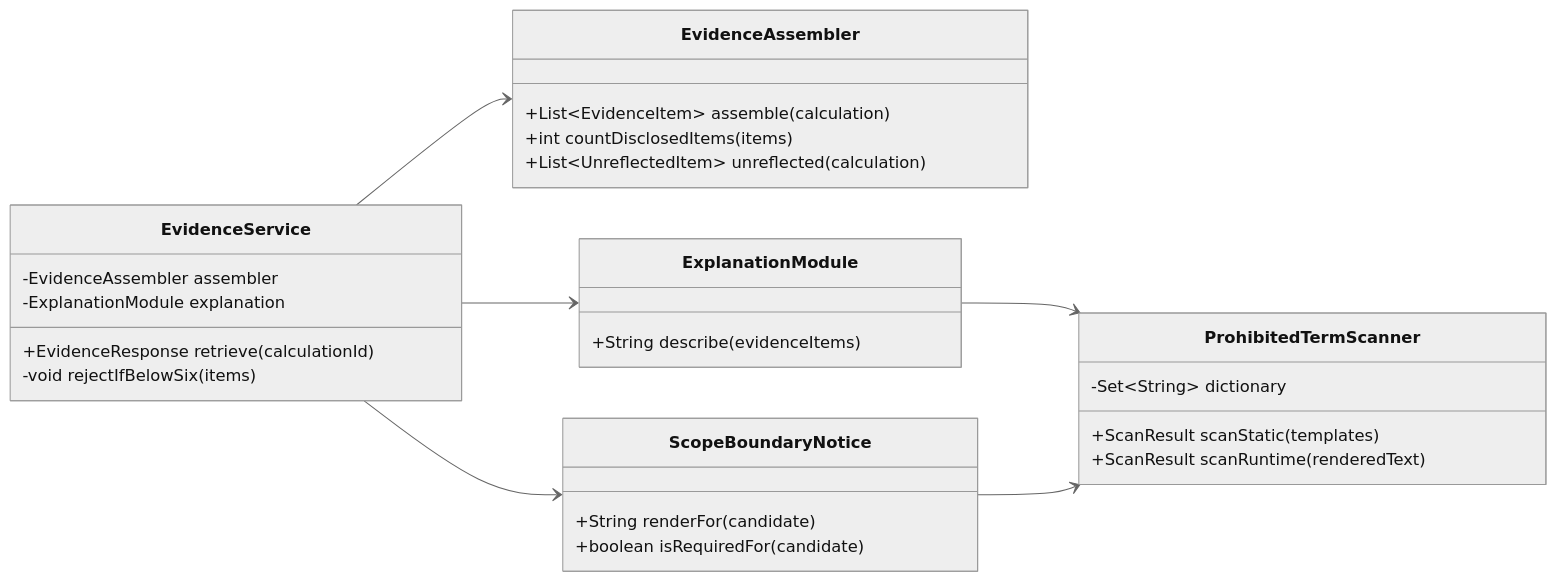
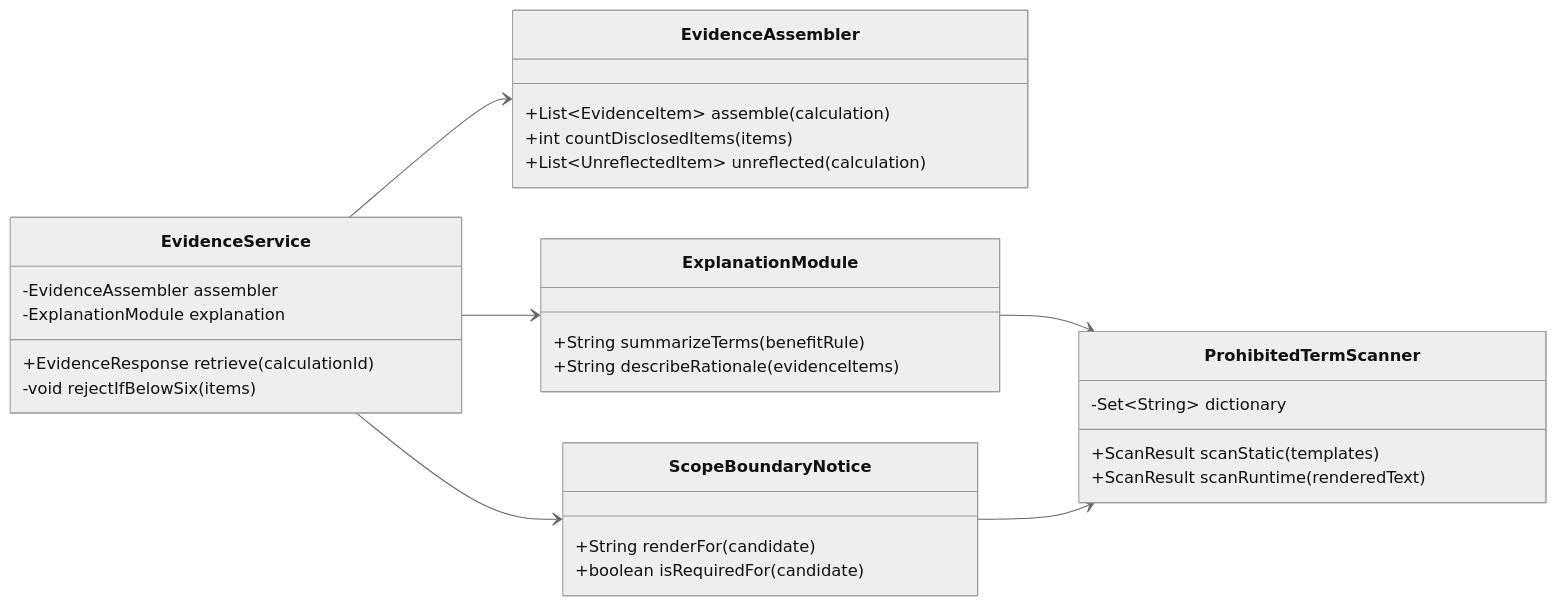
The sixth of 27 diagrams in cardfit-design-v1_0.md (maybeaj/cardfit-prd-to-srs), drawn with Mermaid (neutral theme) before and after one commit. The commit also changed other lines of this file and 5 other files, not shown here.

````diff
--- a/cardfit-design-v1_0.md
+++ b/cardfit-design-v1_0.md
@@ -385,39 +385,41 @@
 ```mermaid
 classDiagram
     direction LR
 
     class EvidenceService {
         -EvidenceAssembler assembler
         -ExplanationModule explanation
         +EvidenceResponse retrieve(calculationId)
         -void rejectIfBelowSix(items)
     }
 
     class EvidenceAssembler {
         +List~EvidenceItem~ assemble(calculation)
         +int countDisclosedItems(items)
         +List~UnreflectedItem~ unreflected(calculation)
     }
 
     class ExplanationModule {
-        +String describe(evidenceItems)
-        %% 금액 계산 금지 — 입력으로 받은 값만 문장으로 바꾼다
+        +String summarizeTerms(benefitRule)
+        +String describeRationale(evidenceItems)
+        %% 혜택금액을 임의 계산하지 않는다 — 받은 값만 문장으로 바꾼다
+        %% summarizeTerms는 rule_version당 1회만 호출하고 캐시한다
     }
 
     class ProhibitedTermScanner {
         -Set~String~ dictionary
         +ScanResult scanStatic(templates)
         +ScanResult scanRuntime(renderedText)
     }
 
     class ScopeBoundaryNotice {
         +String renderFor(candidate)
         +boolean isRequiredFor(candidate)
     }
 
     EvidenceService --> EvidenceAssembler
     EvidenceService --> ExplanationModule
     EvidenceService --> ScopeBoundaryNotice
     ExplanationModule --> ProhibitedTermScanner
     ScopeBoundaryNotice --> ProhibitedTermScanner
 ```
````
